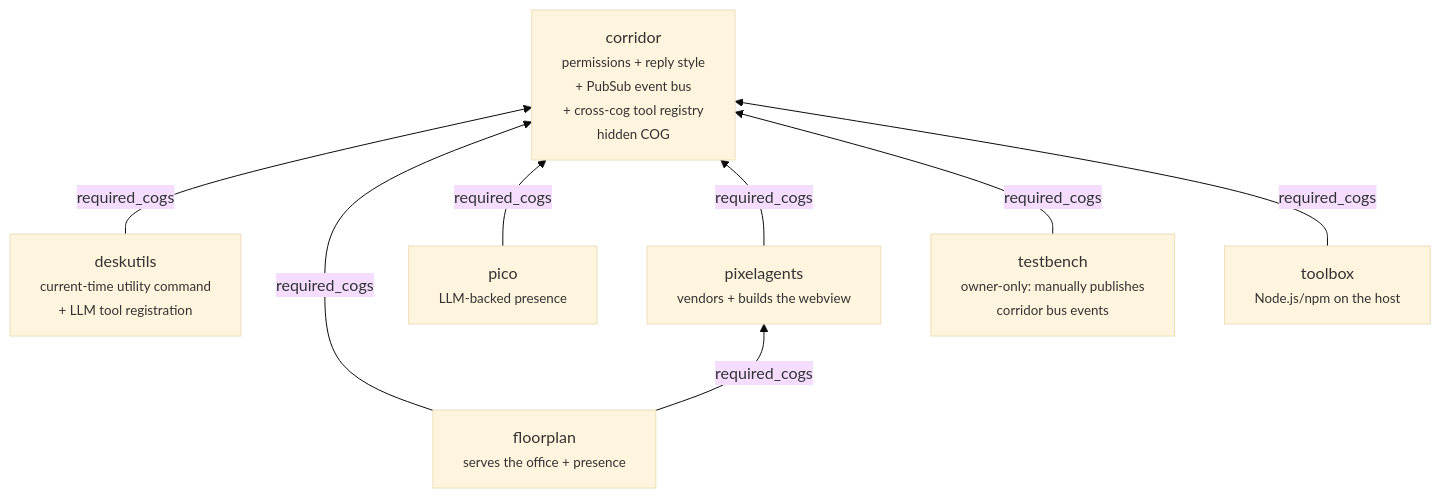
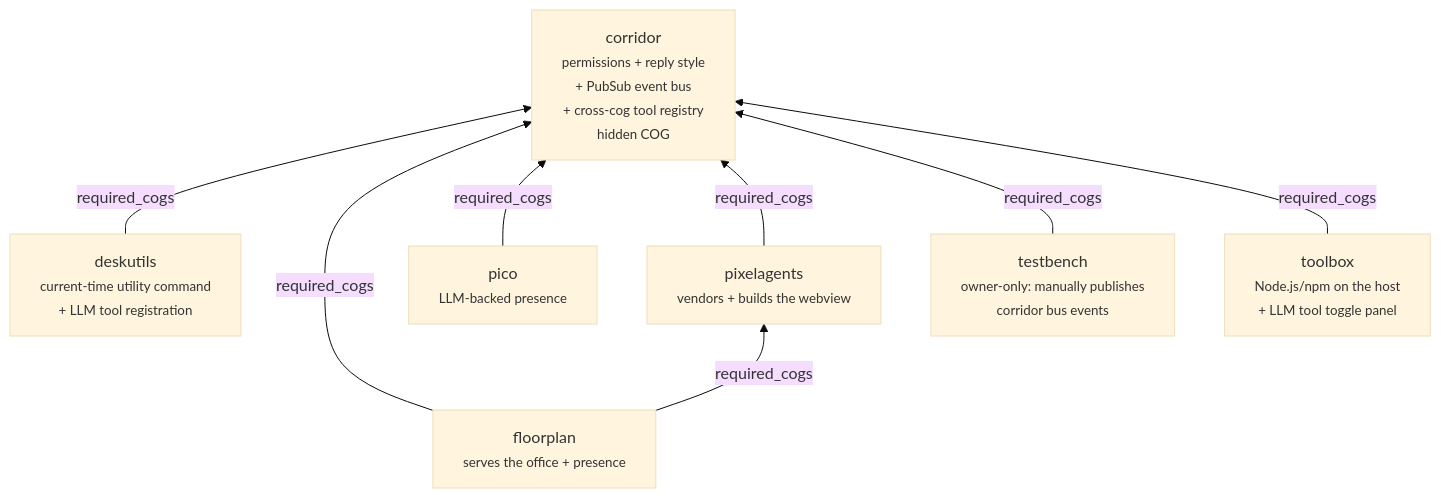
The first of 7 diagrams in docs/architecture.md (pixel-agents-hq/pixel-agents-cogs), drawn with Mermaid (base theme) before and after one commit. The commit also changed other lines of this file and 34 other files, not shown here.

First line of the commit message:
feat(toolbox,corridor): command-to-LLM-tool toggle panel

````diff
--- a/docs/architecture.md
+++ b/docs/architecture.md
@@ -26,18 +26,18 @@
 ```mermaid
 flowchart BT
     corridor["corridor<br/><small>permissions + reply style<br/>+ PubSub event bus<br/>+ cross-cog tool registry</small><br/><small>hidden COG</small>"]
     deskutils["deskutils<br/><small>current-time utility command<br/>+ LLM tool registration</small>"]
     floorplan["floorplan<br/><small>serves the office + presence</small>"]
     pico["pico<br/><small>LLM-backed presence</small>"]
     pixelagents["pixelagents<br/><small>vendors + builds the webview</small>"]
     testbench["testbench<br/><small>owner-only: manually publishes<br/>corridor bus events</small>"]
-    toolbox["toolbox<br/><small>Node.js/npm on the host</small>"]
+    toolbox["toolbox<br/><small>Node.js/npm on the host<br/>+ LLM tool toggle panel</small>"]
 
     deskutils -->|required_cogs| corridor
     floorplan -->|required_cogs| corridor
     pico -->|required_cogs| corridor
     pixelagents -->|required_cogs| corridor
     testbench -->|required_cogs| corridor
     toolbox -->|required_cogs| corridor
     floorplan -->|required_cogs| pixelagents
 ```
````
